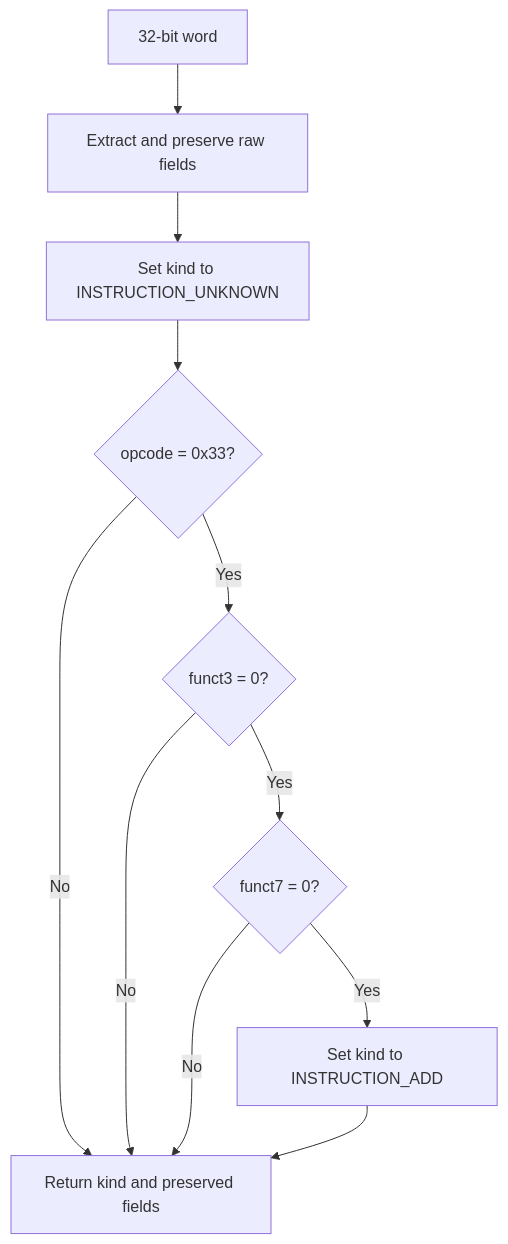
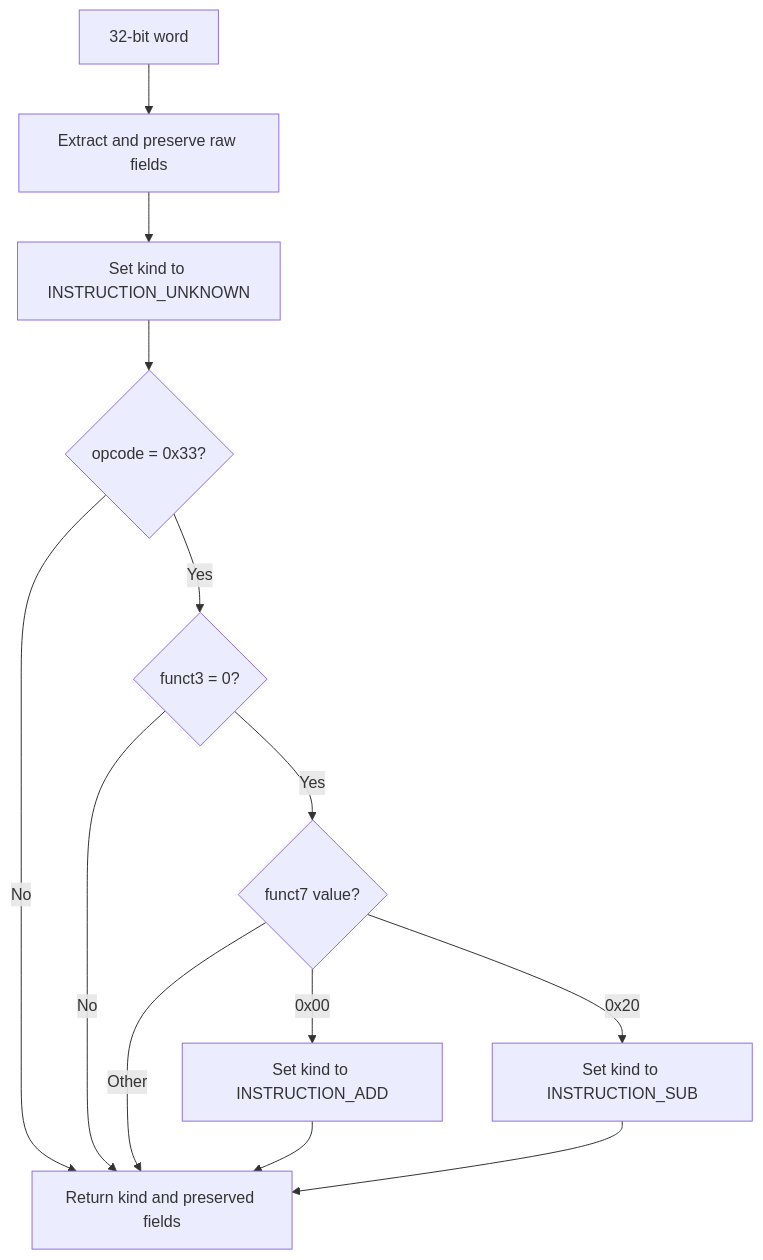
The seventh of 8 diagrams in docs/FLOWCHARTS.md (IcaroRamosDM/riscv32-simulator), drawn with Mermaid before and after one commit. The commit also changed other lines of this file and 9 other files, not shown here.

````diff
--- a/docs/FLOWCHARTS.md
+++ b/docs/FLOWCHARTS.md
@@ -188,13 +189,15 @@
 ```mermaid
 flowchart TD
     WORD["32-bit word"] --> FIELDS["Extract and preserve raw fields"]
     FIELDS --> DEFAULT["Set kind to INSTRUCTION_UNKNOWN"]
     DEFAULT --> OPCODE{"opcode = 0x33?"}
     OPCODE -->|"No"| RETURN["Return kind and preserved fields"]
     OPCODE -->|"Yes"| F3{"funct3 = 0?"}
     F3 -->|"No"| RETURN
-    F3 -->|"Yes"| F7{"funct7 = 0?"}
-    F7 -->|"No"| RETURN
-    F7 -->|"Yes"| ADD["Set kind to INSTRUCTION_ADD"]
+    F3 -->|"Yes"| F7{"funct7 value?"}
+    F7 -->|"0x00"| ADD["Set kind to INSTRUCTION_ADD"]
+    F7 -->|"0x20"| SUB["Set kind to INSTRUCTION_SUB"]
+    F7 -->|"Other"| RETURN
     ADD --> RETURN
+    SUB --> RETURN
 ```
````
